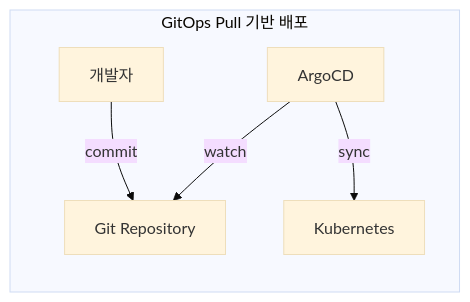
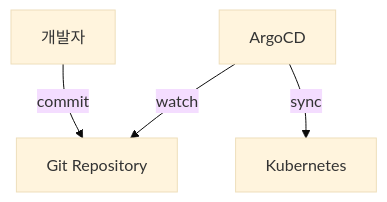
Before and after one commit to K-Diger/k-diger.github.io: the second of 12 diagrams in _posts/2026-01-14-kubernetes-24-argocd.md, drawn with Mermaid (base theme). The commit also changed other lines of this file and 13 other files, not shown here.

````diff
--- a/_posts/2026-01-14-kubernetes-24-argocd.md
+++ b/_posts/2026-01-14-kubernetes-24-argocd.md
@@ -44,8 +47,11 @@
 ```mermaid
-flowchart LR
-    subgraph "GitOps Pull 기반 배포"
-        DEV[개발자] -->|commit| GIT[Git Repository]
-        ARGO[ArgoCD] -->|watch| GIT
-        ARGO -->|sync| K8S[Kubernetes]
-    end
+flowchart TB
+    DEV[개발자]
+    GIT[Git Repository]
+    ARGO[ArgoCD]
+    K8S[Kubernetes]
+
+    DEV -->|commit| GIT
+    ARGO -->|watch| GIT
+    ARGO -->|sync| K8S
 ```
````
